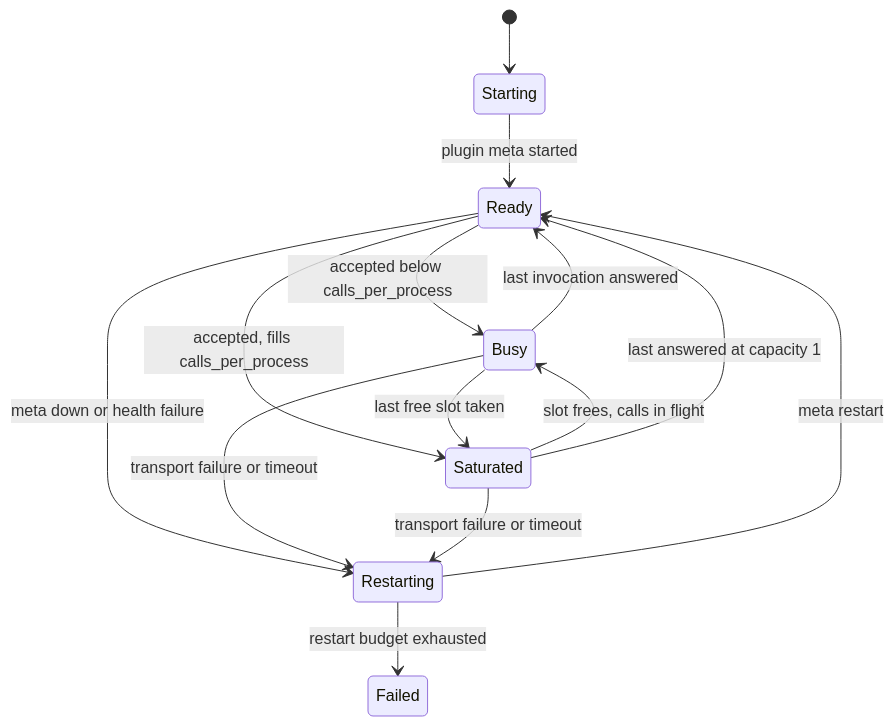
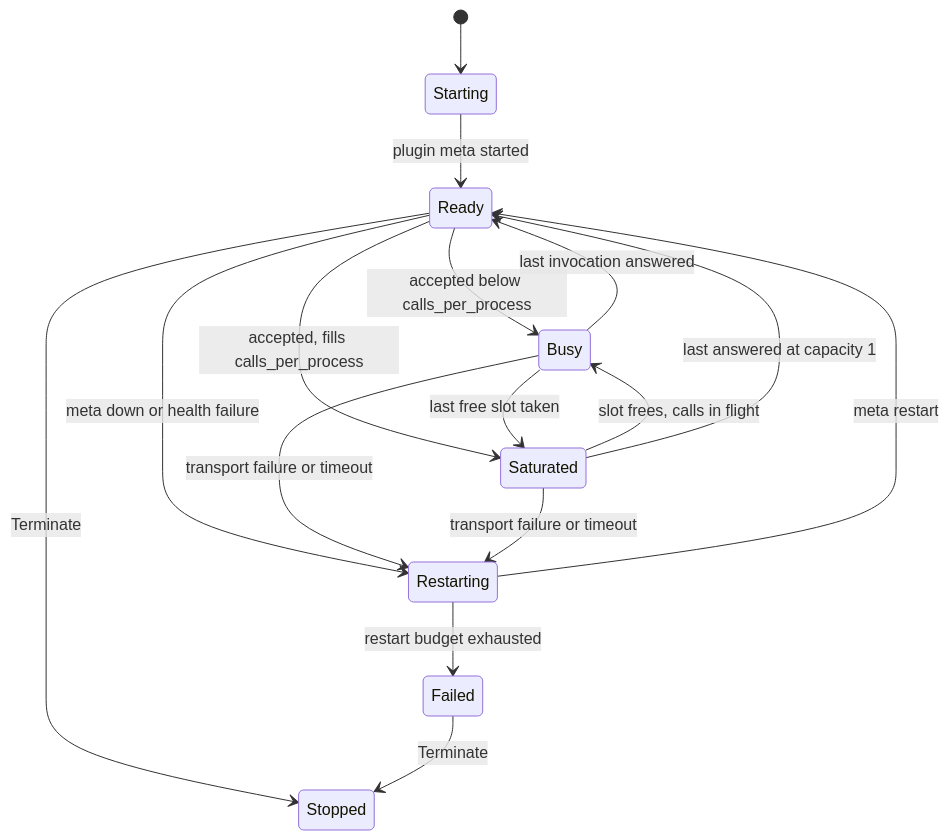
Diagram 12 of 14 in docs/internals/plugin-runtime.md (HarishHary/blink), drawn with Mermaid before and after one commit. The commit also changed other lines of this file and 4 other files, not shown here.

````diff
--- a/docs/internals/plugin-runtime.md
+++ b/docs/internals/plugin-runtime.md
@@ -522,16 +532,18 @@
 ```mermaid
 stateDiagram-v2
     [*] --> Starting
     Starting --> Ready: plugin meta started
     Ready --> Busy: accepted below calls_per_process
     Ready --> Saturated: accepted, fills calls_per_process
     Busy --> Saturated: last free slot taken
     Saturated --> Busy: slot frees, calls in flight
     Busy --> Ready: last invocation answered
     Saturated --> Ready: last answered at capacity 1
     Ready --> Restarting: meta down or health failure
     Busy --> Restarting: transport failure or timeout
     Saturated --> Restarting: transport failure or timeout
     Restarting --> Ready: meta restart
     Restarting --> Failed: restart budget exhausted
+    Ready --> Stopped: Terminate
+    Failed --> Stopped: Terminate
 ```
````
